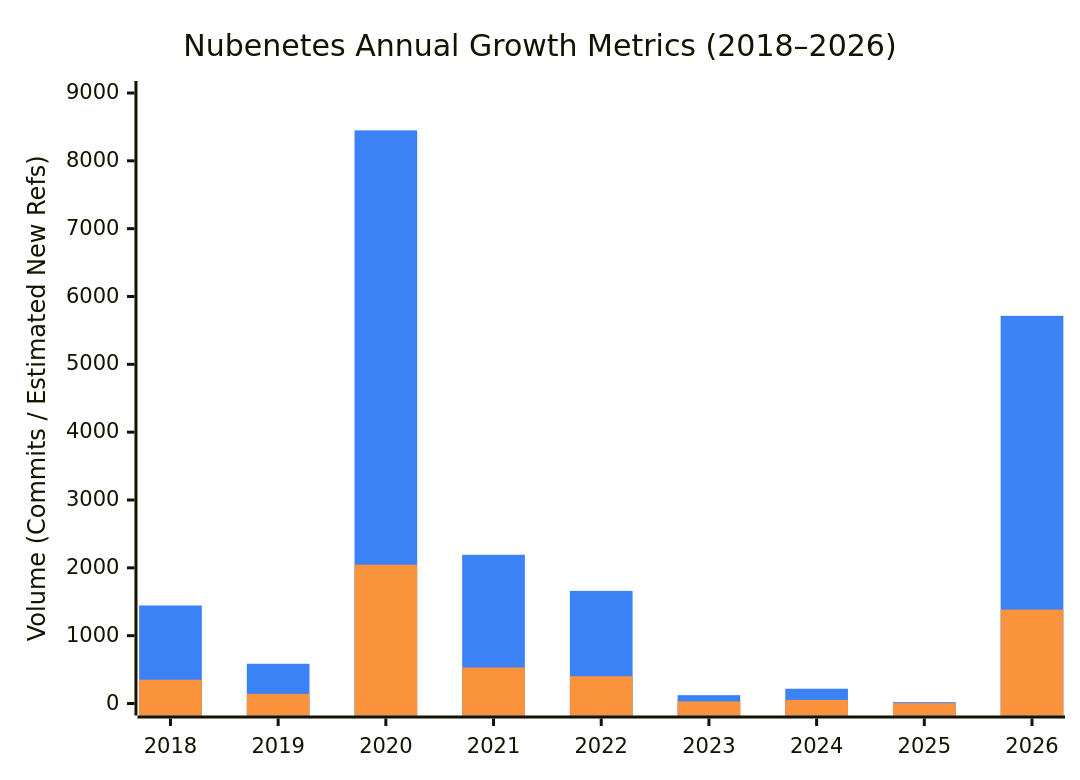
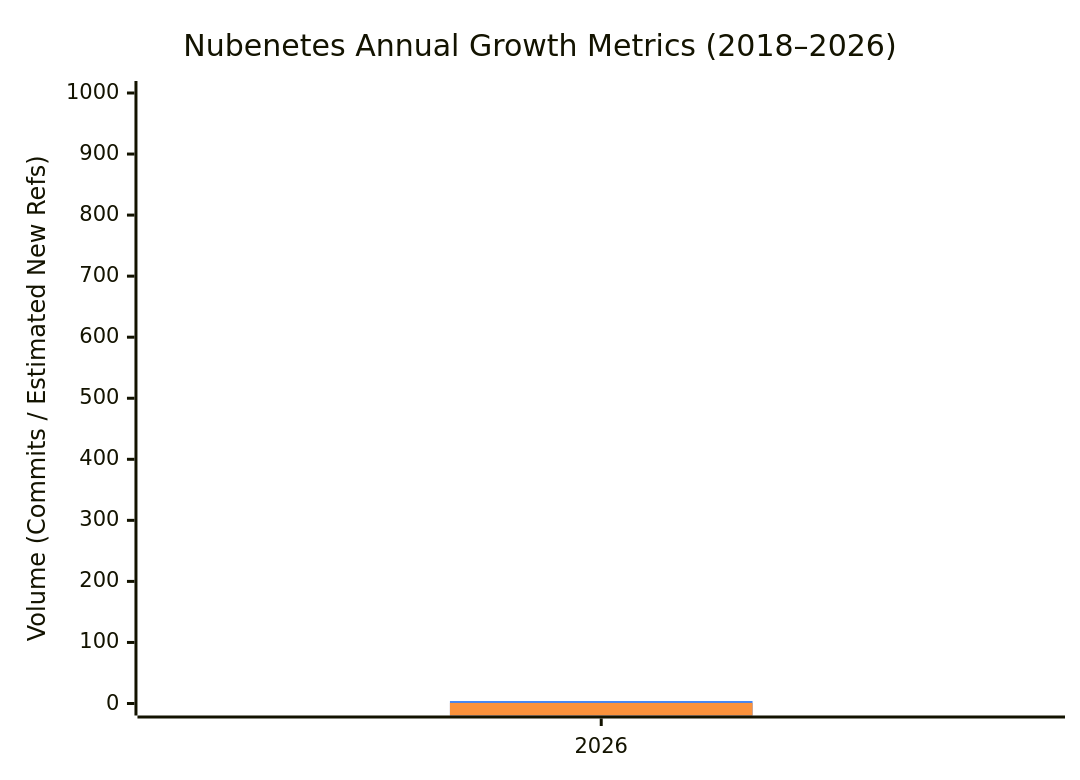
One commit to sec-js/awesome-kubernetes changed the first of 10 diagrams in README.md. Above: the diagram before and after it, drawn with Mermaid. The commit also changed other lines of this file and 4 other files, not shown here.

````diff
--- a/README.md
+++ b/README.md
@@ -184,15 +176,15 @@
 ```mermaid
 ---
 config:
   themeVariables:
     xyChart:
       plotColorPalette: '#3b82f6, #fb923c'
   theme: mc
 ---
 xychart-beta
     title "Nubenetes Annual Growth Metrics (2018–2026)"
-    x-axis ["2018", "2019", "2020", "2021", "2022", "2023", "2024", "2025", "2026"]
-    y-axis "Volume (Commits / Estimated New Refs)" 0 --> 9000
-    bar [1445, 586, 8449, 2193, 1660, 123, 218, 20, 5715]
-    bar [350, 142, 2046, 531, 402, 30, 53, 5, 1384]
+    x-axis ["2026"]
+    y-axis "Volume (Commits / Estimated New Refs)" 0 --> 1000
+    bar [4]
+    bar [1]
 ```
````
